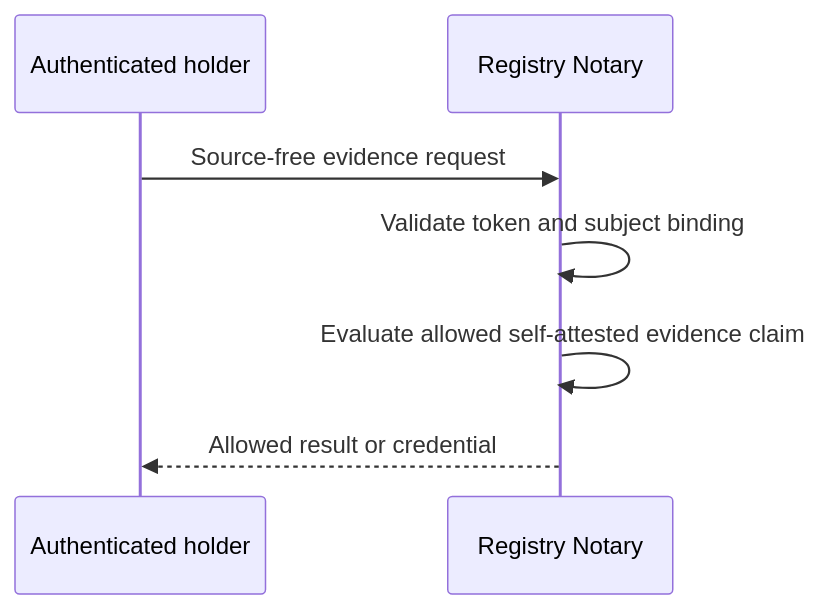
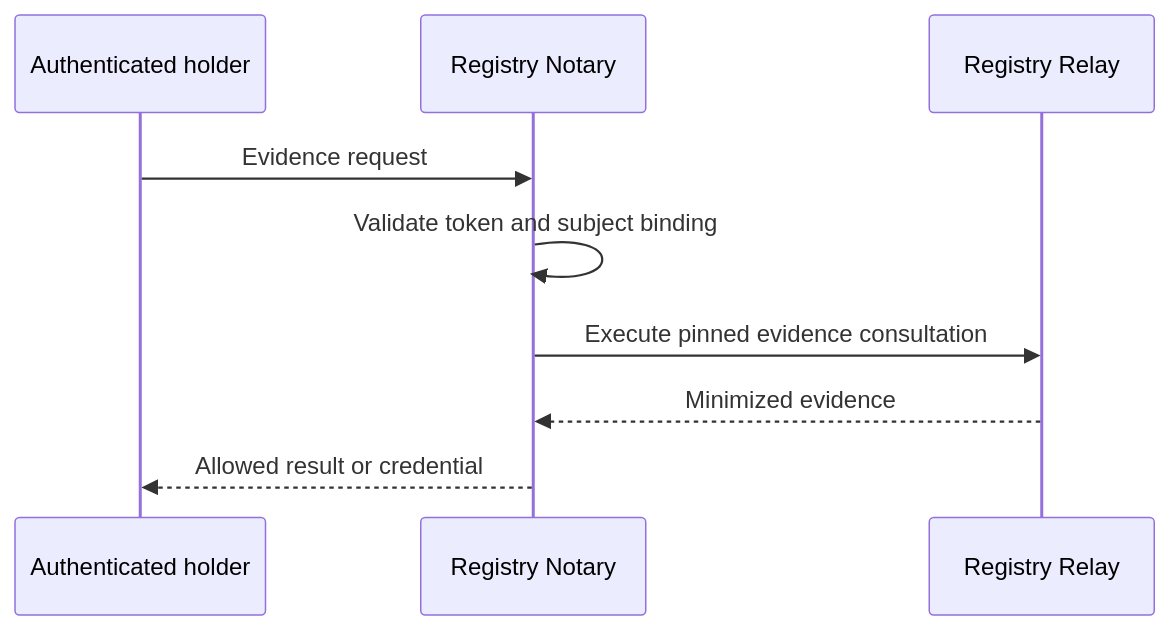
One commit to registrystack/registry-stack changed the second of 3 diagrams in products/notary/docs/notary-scenario-patterns.md. Above: the diagram before and after it, drawn with Mermaid. The commit also changed other lines of this file and 166 other files, not shown here.

Commit message:
fix(notary): remove self-attested claim evidence

````diff
--- a/products/notary/docs/notary-scenario-patterns.md
+++ b/products/notary/docs/notary-scenario-patterns.md
@@ -30,10 +30,12 @@
 ```mermaid
 sequenceDiagram
   participant Holder as Authenticated holder
   participant Notary as Registry Notary
+  participant Relay as Registry Relay
 
-  Holder->>Notary: Source-free evidence request
+  Holder->>Notary: Evidence request
   Notary->>Notary: Validate token and subject binding
-  Notary->>Notary: Evaluate allowed self-attested evidence claim
+  Notary->>Relay: Execute pinned evidence consultation
+  Relay-->>Notary: Minimized evidence
   Notary-->>Holder: Allowed result or credential
 ```
````
